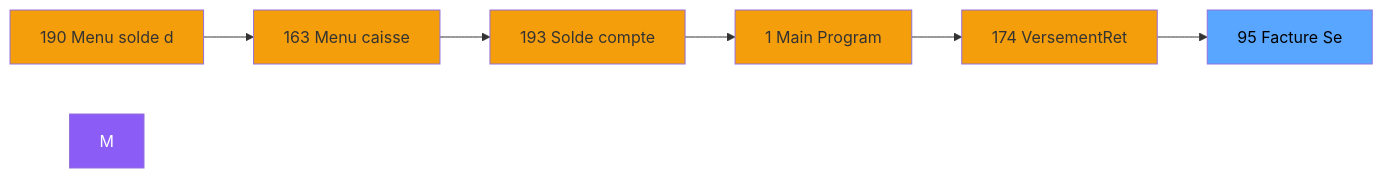
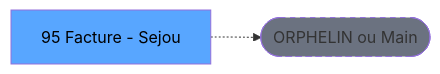
Before and after one commit to thonyAGP/lecteur-magic: the second of 3 diagrams in .openspec/specs/ADH-IDE-95.md, drawn with Mermaid. The commit also changed other lines of this file and 701 other files, not shown here.

````diff
--- a/.openspec/specs/ADH-IDE-95.md
+++ b/.openspec/specs/ADH-IDE-95.md
@@ -117,21 +122,8 @@
 ```mermaid
 graph LR
-    N190[190 Menu solde d]
-    N163[163 Menu caisse ]
-    N193[193 Solde compte]
-    N1[1 Main Program]
-    N174[174 VersementRet]
-    T[95 Facture   Se]
-    N190 --> N163
-    N163 --> N193
-    N193 --> N1
-    N1 --> N174
-    N174 --> T
-    style M fill:#8b5cf6,color:#fff
-    style N190 fill:#f59e0b
-    style N163 fill:#f59e0b
-    style N193 fill:#f59e0b
-    style N1 fill:#f59e0b
-    style N174 fill:#f59e0b
+    T[95 Facture - Sejou]
+    ORPHAN([ORPHELIN ou Main])
+    T -.-> ORPHAN
     style T fill:#58a6ff,color:#000
+    style ORPHAN fill:#6b7280,stroke-dasharray: 5 5
 ```
````
